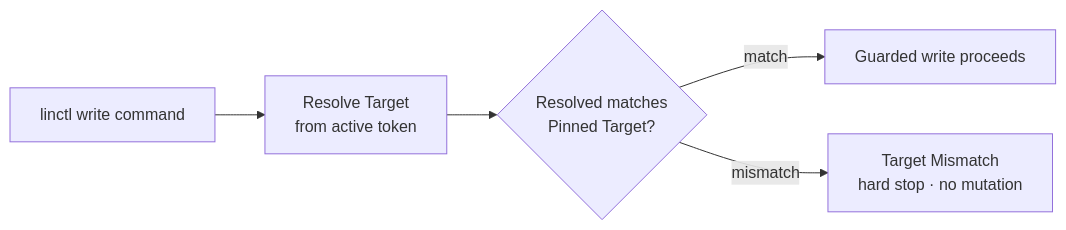
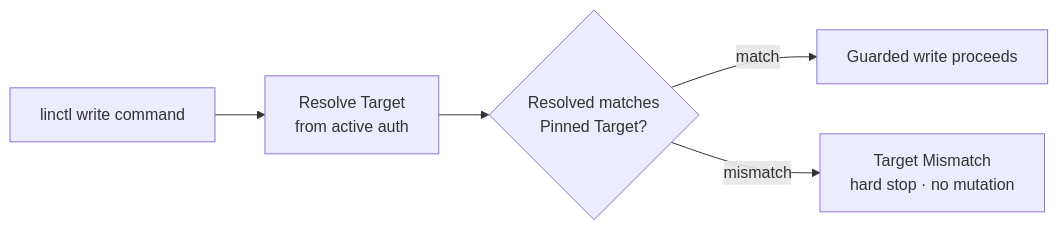
The diagram in README.md (KyaniteHQ/linctl), drawn with Mermaid before and after one commit. The commit also changed other lines of this file and 52 other files, not shown here.

Commit message:
Switch linctl auth to OAuth app credentials

````diff
--- a/README.md
+++ b/README.md
@@ -47,7 +47,7 @@
 ```mermaid
 flowchart LR
-    A[linctl write command] --> B[Resolve Target<br/>from active token]
+    A[linctl write command] --> B[Resolve Target<br/>from active auth]
     B --> C{Resolved matches<br/>Pinned Target?}
     C -->|match| D[Guarded write proceeds]
     C -->|mismatch| E[Target Mismatch<br/>hard stop · no mutation]
 ```
````
